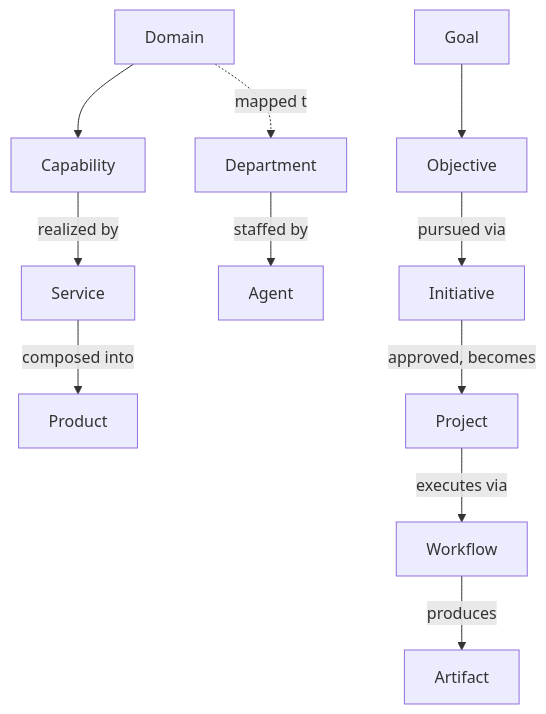
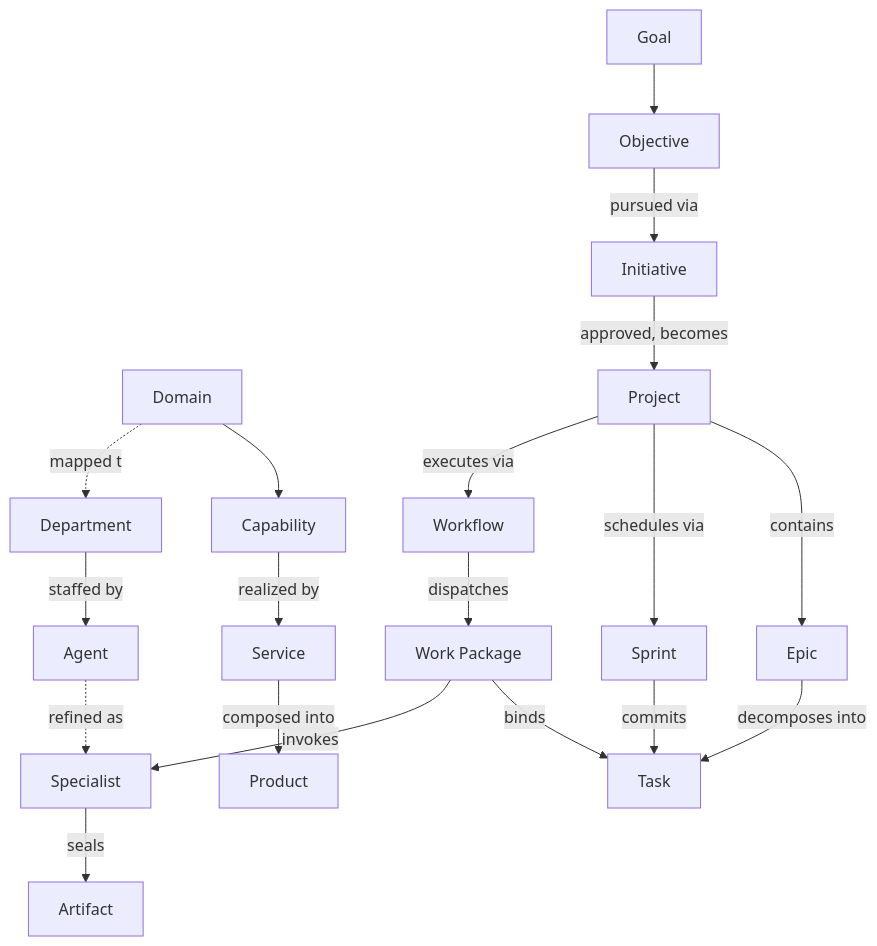
Before and after one commit to ufarooq525/umer-ai-os: the diagram in Enterprise_Architecture/ENTERPRISE_TAXONOMY.md, drawn with Mermaid. The commit also changed other lines of this file and 6 other files, not shown here.

````diff
--- a/Enterprise_Architecture/ENTERPRISE_TAXONOMY.md
+++ b/Enterprise_Architecture/ENTERPRISE_TAXONOMY.md
@@ -31,13 +38,21 @@
 ```mermaid
 flowchart TD
     Domain --> Capability
     Capability -->|realized by| Service
     Service -->|composed into| Product
     Domain -.mapped to.-> Department
     Department -->|staffed by| Agent
+    Agent -.->|refined as| Specialist
     Goal --> Objective
     Objective -->|pursued via| Initiative
     Initiative -->|approved, becomes| Project
+    Project -->|contains| Epic
+    Epic -->|decomposes into| Task
+    Project -->|schedules via| Sprint
+    Sprint -->|commits| Task
     Project -->|executes via| Workflow
-    Workflow -->|produces| Artifact
+    Workflow -->|dispatches| WorkPackage[Work Package]
+    WorkPackage -->|binds| Task
+    WorkPackage -->|invokes| Specialist
+    Specialist -->|seals| Artifact
 ```
````
